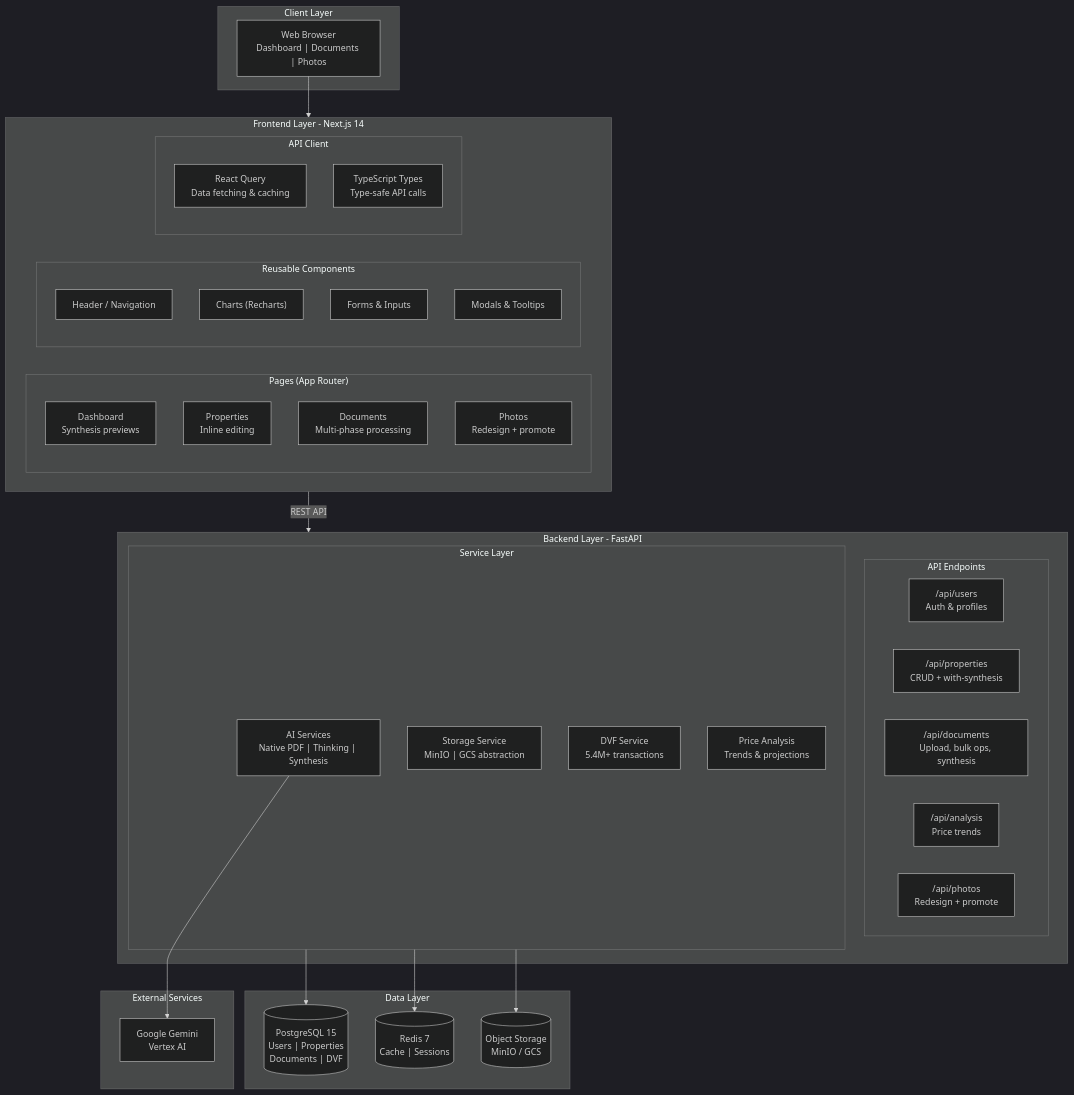
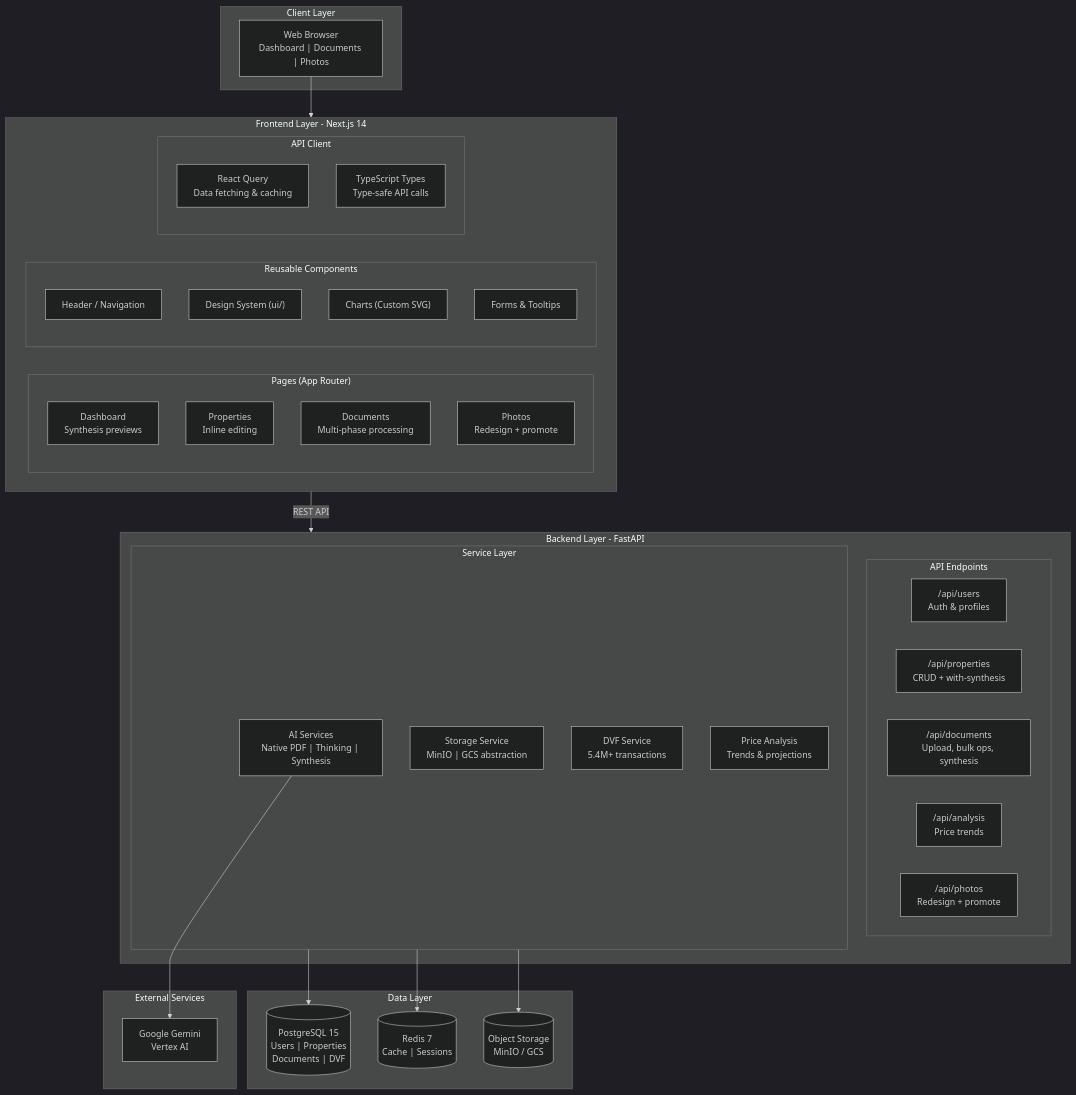
One commit to benjamin-karaoglan/AppArtAgent changed the first of 9 diagrams in docs/architecture/overview.md. Above: the diagram before and after it, drawn with Mermaid (dark theme). The commit also changed other lines of this file and 16 other files, not shown here.

````diff
--- a/docs/architecture/overview.md
+++ b/docs/architecture/overview.md
@@ -5,61 +5,61 @@
 ```mermaid
 flowchart TB
     subgraph ClientLayer["Client Layer"]
         Browser["Web Browser<br/>Dashboard | Documents | Photos"]
     end
 
     subgraph FrontendLayer["Frontend Layer - Next.js 14"]
         subgraph Pages["Pages (App Router)"]
             P1["Dashboard<br/>Synthesis previews"]
             P2["Properties<br/>Inline editing"]
             P3["Documents<br/>Multi-phase processing"]
             P4["Photos<br/>Redesign + promote"]
         end
 
         subgraph Components["Reusable Components"]
             C1["Header / Navigation"]
-            C2["Charts (Recharts)"]
-            C3["Forms & Inputs"]
-            C4["Modals & Tooltips"]
+            C2["Design System (ui/)"]
+            C3["Charts (Custom SVG)"]
+            C4["Forms & Tooltips"]
         end
 
         subgraph APIClient["API Client"]
             AC1["React Query<br/>Data fetching & caching"]
             AC2["TypeScript Types<br/>Type-safe API calls"]
         end
     end
 
     subgraph BackendLayer["Backend Layer - FastAPI"]
         subgraph Endpoints["API Endpoints"]
             E1["/api/users<br/>Auth & profiles"]
             E2["/api/properties<br/>CRUD + with-synthesis"]
             E3["/api/documents<br/>Upload, bulk ops, synthesis"]
             E4["/api/analysis<br/>Price trends"]
             E5["/api/photos<br/>Redesign + promote"]
         end
 
         subgraph Services["Service Layer"]
             S1["AI Services<br/>Native PDF | Thinking | Synthesis"]
             S2["Storage Service<br/>MinIO | GCS abstraction"]
             S3["DVF Service<br/>5.4M+ transactions"]
             S4["Price Analysis<br/>Trends & projections"]
         end
     end
 
     subgraph DataLayer["Data Layer"]
         PostgreSQL[("PostgreSQL 15<br/>Users | Properties<br/>Documents | DVF")]
         Redis[("Redis 7<br/>Cache | Sessions")]
         Storage[("Object Storage<br/>MinIO / GCS")]
     end
 
     subgraph ExternalLayer["External Services"]
         Gemini["Google Gemini<br/>Vertex AI"]
     end
 
     Browser --> FrontendLayer
     FrontendLayer -->|"REST API"| BackendLayer
     Services --> PostgreSQL
     Services --> Redis
     Services --> Storage
     S1 --> Gemini
 ```
````
